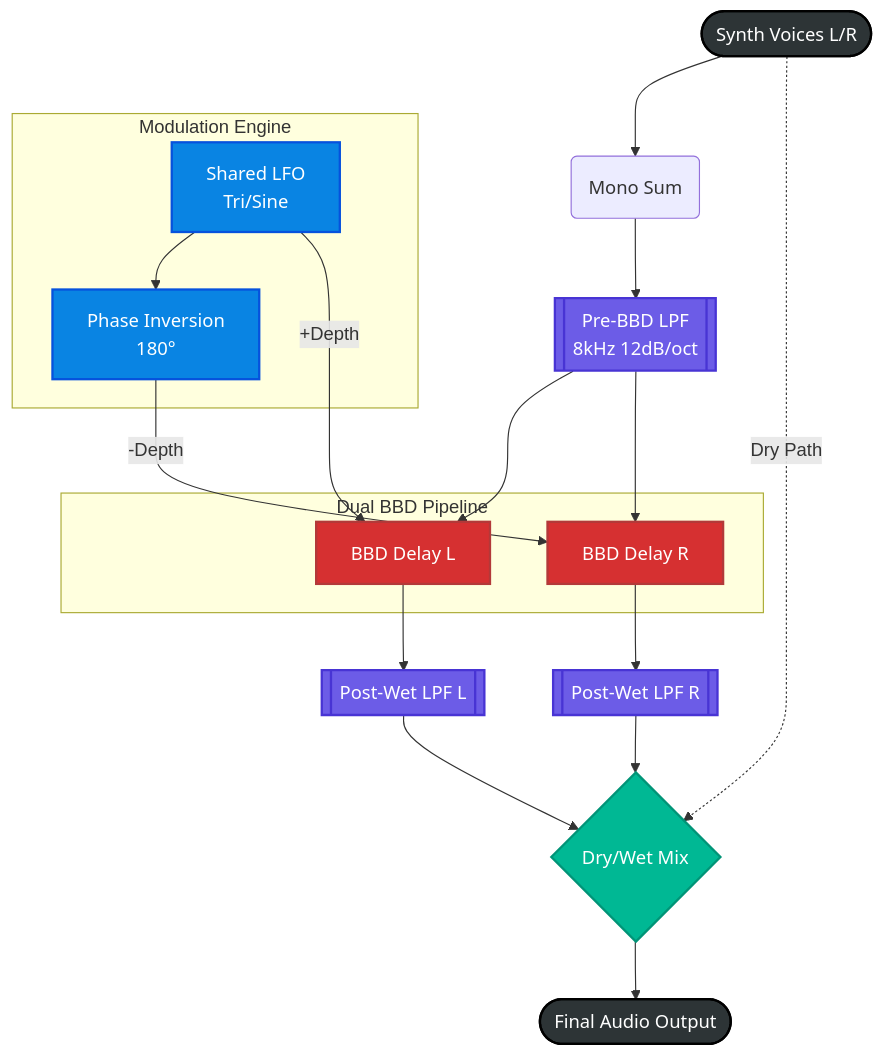
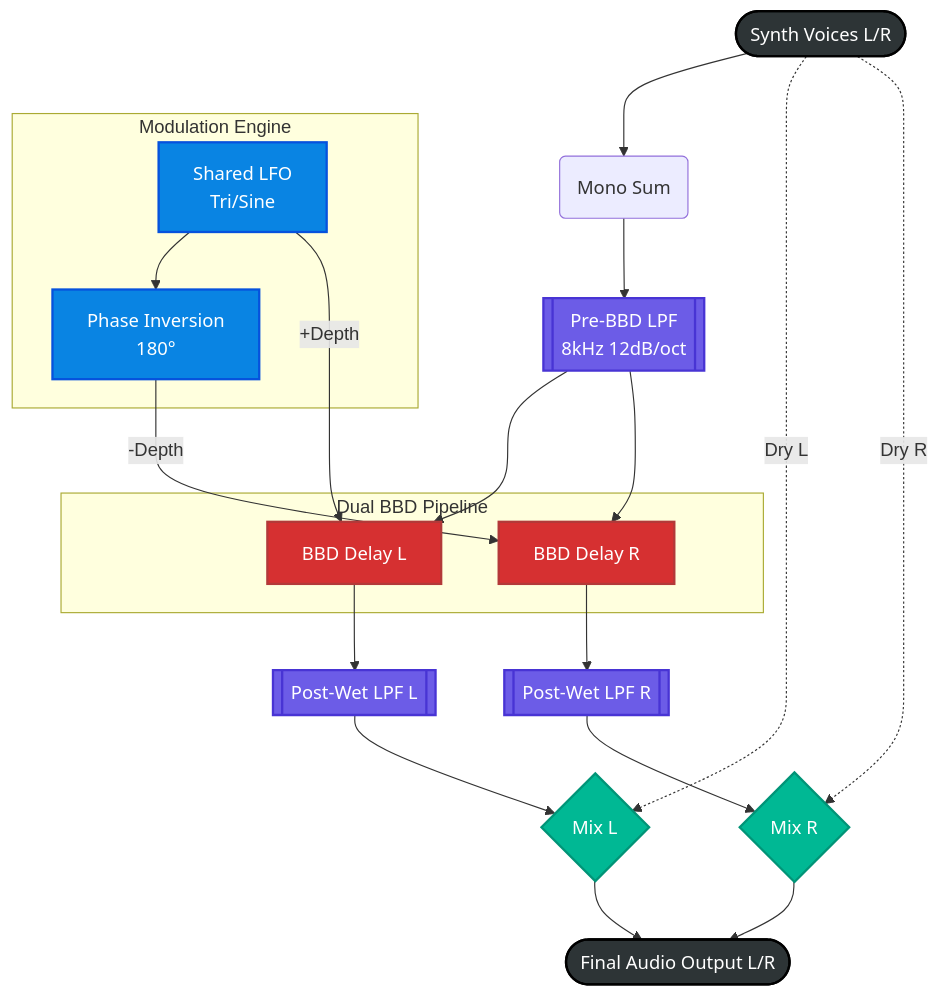
Before and after one commit to RobertTylman/TillySynth: the diagram in README.md, drawn with Mermaid. The commit also changed other lines of this file, not shown here.

Commit message:
docs: update signal flow diagram to stereo-split and remove panel wear feature description

````diff
--- a/README.md
+++ b/README.md
@@ -41,55 +41,58 @@
         ```mermaid
         flowchart TD
             %% Node Definitions
             In([Synth Voices L/R])
             Sum(Mono Sum)
             PreLPF[[Pre-BBD LPF<br/>8kHz 12dB/oct]]
             
             subgraph BBD_Network [Dual BBD Pipeline]
                 BBD_L[BBD Delay L]
                 BBD_R[BBD Delay R]
             end
             
             subgraph Mod_Engine [Modulation Engine]
                 LFO[Shared LFO<br/>Tri/Sine]
                 Invert[Phase Inversion<br/>180°]
                 LFO --> Invert
             end
             
             OutLPF_L[[Post-Wet LPF L]]
             OutLPF_R[[Post-Wet LPF R]]
-            Mix{Dry/Wet Mix}
-            Out([Final Audio Output])
+            Mix_L{Mix L}
+            Mix_R{Mix R}
+            Out([Final Audio Output L/R])
             
             %% Signal Connections
             In --> Sum
             Sum --> PreLPF
             PreLPF --> BBD_L
             PreLPF --> BBD_R
             
             LFO -- "+Depth" --> BBD_L
             Invert -- "-Depth" --> BBD_R
             
             BBD_L --> OutLPF_L
             BBD_R --> OutLPF_R
             
-            OutLPF_L --> Mix
-            OutLPF_R --> Mix
-            In -. Dry Path .-> Mix
+            OutLPF_L --> Mix_L
+            OutLPF_R --> Mix_R
+            In -. Dry L .-> Mix_L
+            In -. Dry R .-> Mix_R
             
-            Mix --> Out
+            Mix_L --> Out
+            Mix_R --> Out
 
             %% Styling (Boxes UI)
             classDef default font-family:system-ui,sans-serif;
             classDef io fill:#2d3436,color:#fff,stroke-width:2px,stroke:#000;
             classDef process fill:#6c5ce7,color:#fff,stroke-width:2px,stroke:#4834d4;
             classDef bbd fill:#d63031,color:#fff,stroke-width:2px,stroke:#b33939;
             classDef lfo fill:#0984e3,color:#fff,stroke-width:2px,stroke:#0652dd;
             classDef mixer fill:#00b894,color:#fff,stroke-width:2px,stroke:#019477;
 
             class In,Out io;
             class PreLPF,OutLPF_L,OutLPF_R process;
             class BBD_L,BBD_R bbd;
             class LFO,Invert lfo;
-            class Mix mixer;
+            class Mix_L,Mix_R mixer;
         ```
````
